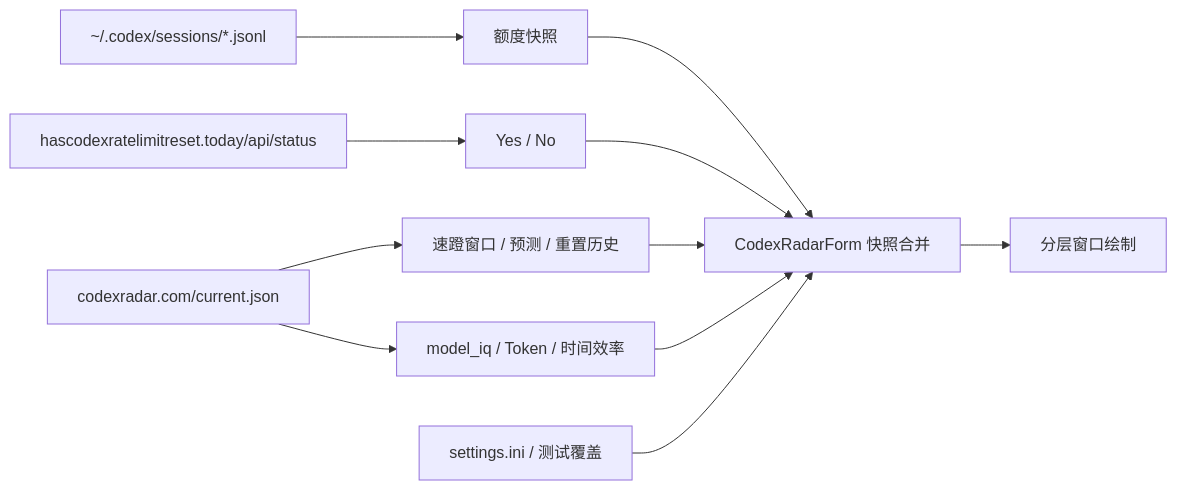
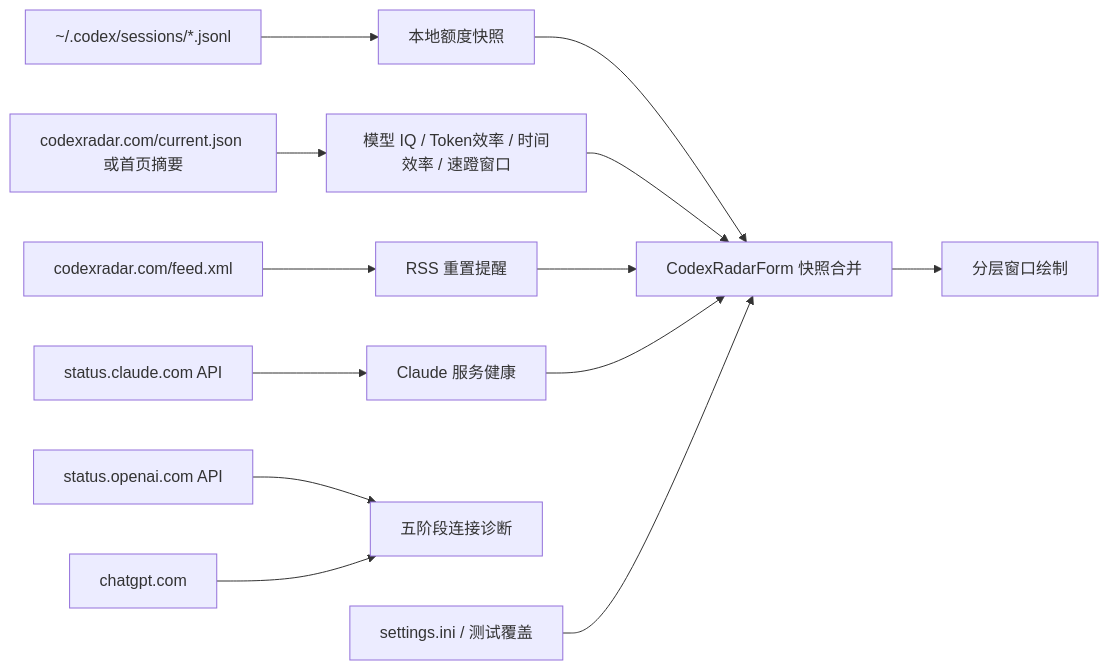
One commit to AFT-Sakee01/DesktopCodexAssistant changed the diagram in Docs/CodexRadar-Architecture.md. Above: the diagram before and after it, drawn with Mermaid. The commit also changed other lines of this file and 39 other files, not shown here.

````diff
--- a/Docs/CodexRadar-Architecture.md
+++ b/Docs/CodexRadar-Architecture.md
@@ -43,13 +32,15 @@
 ```mermaid
 flowchart LR
-    Local["~/.codex/sessions/*.jsonl"] --> Quota["额度快照"]
-    Reset["hascodexratelimitreset.today/api/status"] --> ResetState["Yes / No"]
-    Radar["codexradar.com/current.json"] --> Window["速蹬窗口 / 预测 / 重置历史"]
-    Radar --> Model["model_iq / Token / 时间效率"]
+    Local["~/.codex/sessions/*.jsonl"] --> Quota["本地额度快照"]
+    Radar["codexradar.com/current.json 或首页摘要"] --> Model["模型 IQ / Token效率 / 时间效率 / 速蹬窗口"]
+    Feed["codexradar.com/feed.xml"] --> Reset["RSS 重置提醒"]
+    Claude["status.claude.com API"] --> ClaudeHealth["Claude 服务健康"]
+    OpenAI["status.openai.com API"] --> Connection["五阶段连接诊断"]
+    ChatGPT["chatgpt.com"] --> Connection
     Quota --> Merge["CodexRadarForm 快照合并"]
-    ResetState --> Merge
-    Window --> Merge
     Model --> Merge
+    Reset --> Merge
+    ClaudeHealth --> Merge
     Settings["settings.ini / 测试覆盖"] --> Merge
     Merge --> Render["分层窗口绘制"]
 ```
````
